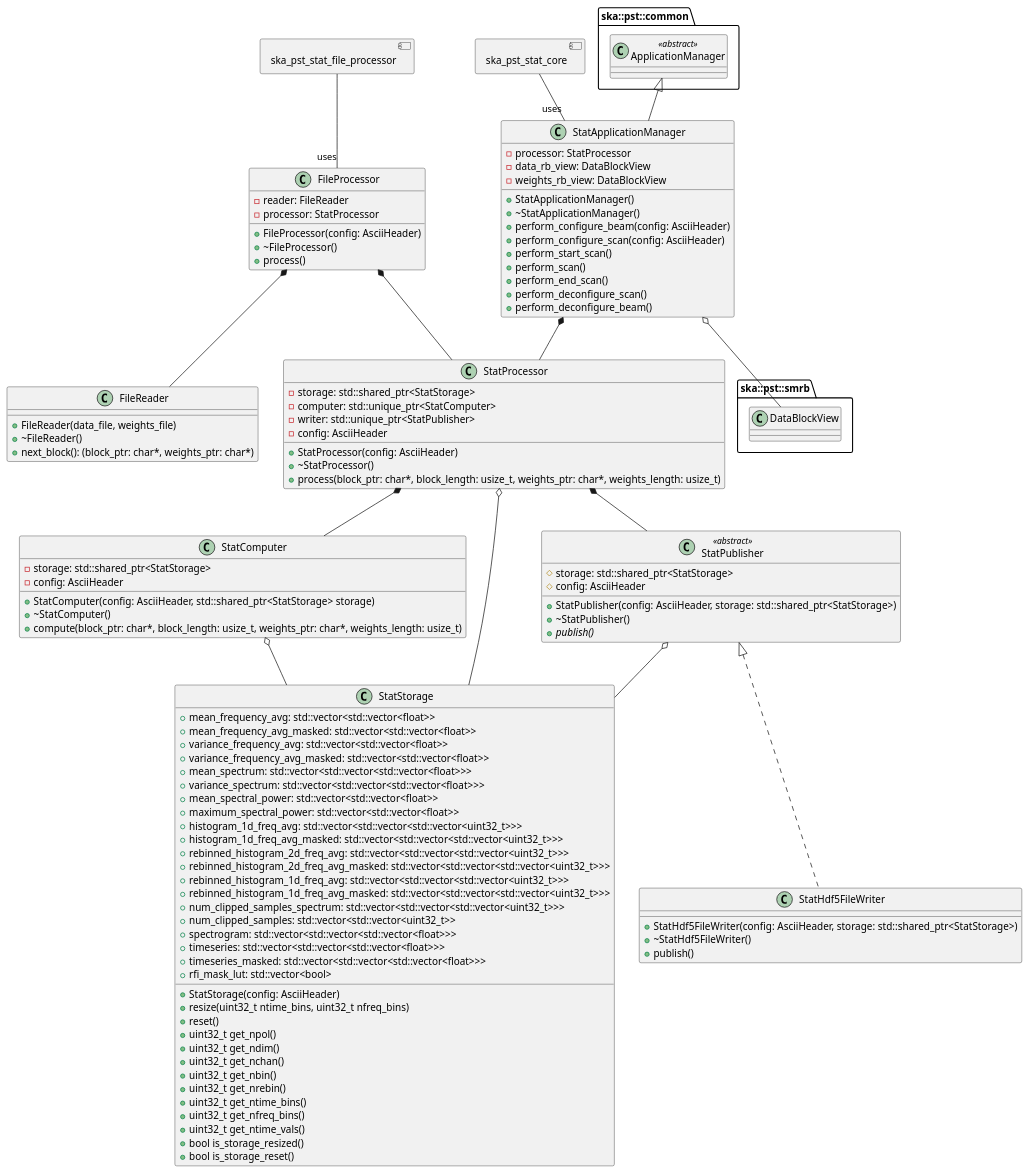
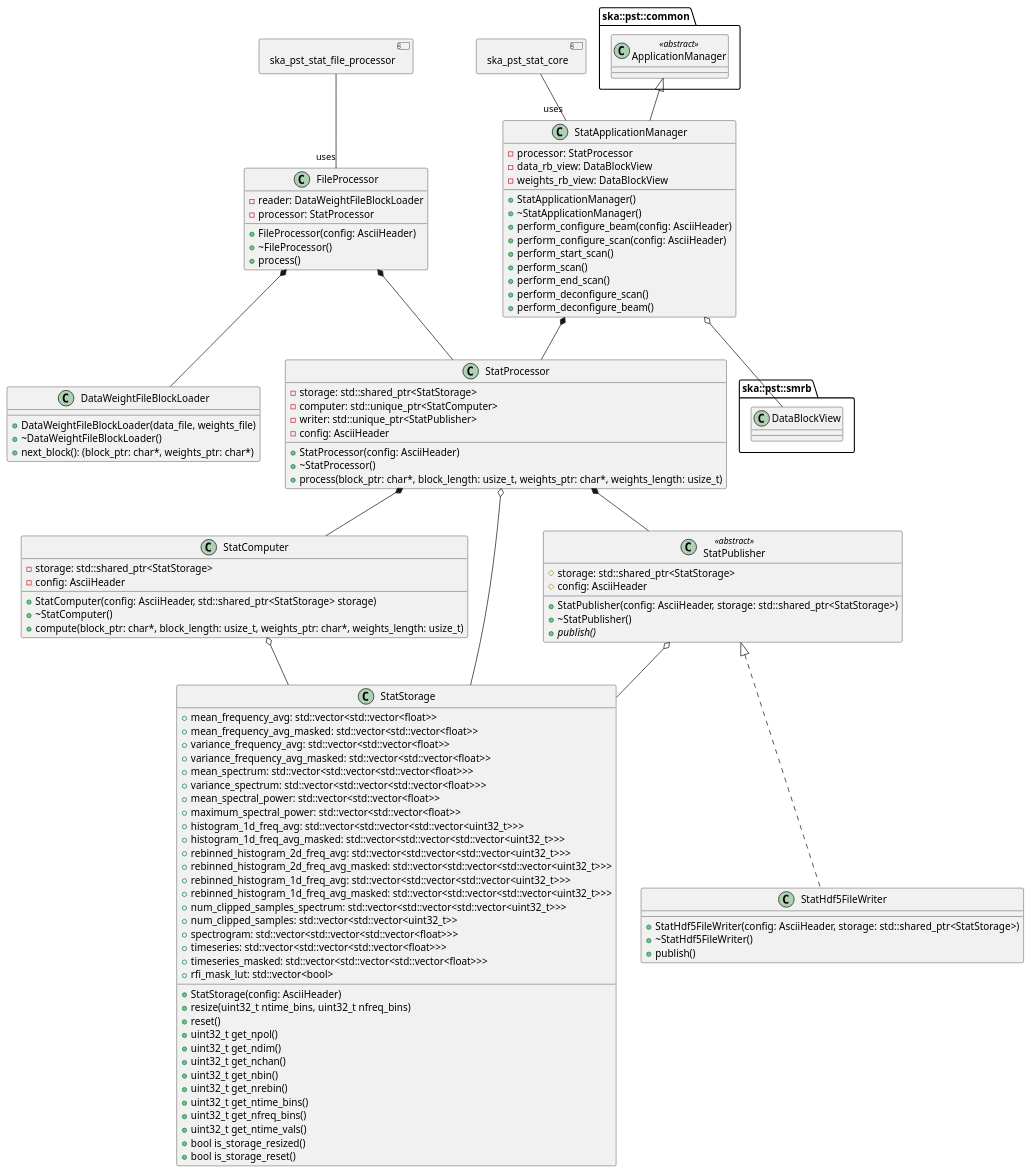
One commit to ska-telescope/ska-pst-stat changed the diagram in docs/src/architecture/class_diagram.puml. Above: the diagram before and after it, drawn with PlantUML. The commit also changed 8 other files, not shown here.

Commit message:
AT3-521 FileReader -> DataWeightsFileBlockLoader; FileProcessor implemented

```diff
--- a/docs/src/architecture/class_diagram.puml
+++ b/docs/src/architecture/class_diagram.puml
@@ -1,127 +1,127 @@
 @startuml PST Stat Class Diagram
 allow_mixing
 
 package ska::pst::common {
   class ApplicationManager <<abstract>>
 
 }
 package ska::pst::smrb {
   class DataBlockView
 }
 
 class StatApplicationManager {
   + StatApplicationManager()
   + ~StatApplicationManager()
   + perform_configure_beam(config: AsciiHeader)
   + perform_configure_scan(config: AsciiHeader)
   + perform_start_scan()
   + perform_scan()
   + perform_end_scan()
   + perform_deconfigure_scan()
   + perform_deconfigure_beam()
   - processor: StatProcessor
   - data_rb_view: DataBlockView
   - weights_rb_view: DataBlockView
 }
 
 class FileProcessor {
   + FileProcessor(config: AsciiHeader)
   + ~FileProcessor()
   + process()
-  - reader: FileReader
+  - reader: DataWeightFileBlockLoader
   - processor: StatProcessor
 }
 
-class FileReader {
-  + FileReader(data_file, weights_file)
-  + ~FileReader()
+class DataWeightFileBlockLoader {
+  + DataWeightFileBlockLoader(data_file, weights_file)
+  + ~DataWeightFileBlockLoader()
   + next_block(): (block_ptr: char*, weights_ptr: char*)
 }
 
 class StatProcessor {
   + StatProcessor(config: AsciiHeader)
   + ~StatProcessor()
   + process(block_ptr: char*, block_length: usize_t, weights_ptr: char*, weights_length: usize_t)
   - storage: std::shared_ptr<StatStorage>
   - computer: std::unique_ptr<StatComputer>
   - writer: std::unique_ptr<StatPublisher>
   - config: AsciiHeader
 }
 
 class StatComputer {
   + StatComputer(config: AsciiHeader, std::shared_ptr<StatStorage> storage)
   + ~StatComputer()
   + compute(block_ptr: char*, block_length: usize_t, weights_ptr: char*, weights_length: usize_t)
   - storage: std::shared_ptr<StatStorage>
   - config: AsciiHeader
 }
 
 class StatStorage {
   + StatStorage(config: AsciiHeader)
   + resize(uint32_t ntime_bins, uint32_t nfreq_bins)
   + reset()
   + uint32_t get_npol()
   + uint32_t get_ndim()
   + uint32_t get_nchan()
   + uint32_t get_nbin()
   + uint32_t get_nrebin()
   + uint32_t get_ntime_bins()
   + uint32_t get_nfreq_bins()
   + uint32_t get_ntime_vals()
   + bool is_storage_resized()
   + bool is_storage_reset()
   + mean_frequency_avg: std::vector<std::vector<float>>
   + mean_frequency_avg_masked: std::vector<std::vector<float>>
   + variance_frequency_avg: std::vector<std::vector<float>>
   + variance_frequency_avg_masked: std::vector<std::vector<float>>
   + mean_spectrum: std::vector<std::vector<std::vector<float>>>
   + variance_spectrum: std::vector<std::vector<std::vector<float>>>
   + mean_spectral_power: std::vector<std::vector<float>>
   + maximum_spectral_power: std::vector<std::vector<float>>
   + histogram_1d_freq_avg: std::vector<std::vector<std::vector<uint32_t>>>
   + histogram_1d_freq_avg_masked: std::vector<std::vector<std::vector<uint32_t>>>
   + rebinned_histogram_2d_freq_avg: std::vector<std::vector<std::vector<uint32_t>>>
   + rebinned_histogram_2d_freq_avg_masked: std::vector<std::vector<std::vector<uint32_t>>>
   + rebinned_histogram_1d_freq_avg: std::vector<std::vector<std::vector<uint32_t>>>
   + rebinned_histogram_1d_freq_avg_masked: std::vector<std::vector<std::vector<uint32_t>>>
   + num_clipped_samples_spectrum: std::vector<std::vector<std::vector<uint32_t>>>
   + num_clipped_samples: std::vector<std::vector<uint32_t>>
   + spectrogram: std::vector<std::vector<std::vector<float>>>
   + timeseries: std::vector<std::vector<std::vector<float>>>
   + timeseries_masked: std::vector<std::vector<std::vector<float>>>
   + rfi_mask_lut: std::vector<bool>
 }
 
 class StatPublisher <<abstract>> {
   # storage: std::shared_ptr<StatStorage>
   # config: AsciiHeader
   + StatPublisher(config: AsciiHeader, storage: std::shared_ptr<StatStorage>)
   + ~StatPublisher()
   {abstract} + publish()
 }
 
 class StatHdf5FileWriter implements StatPublisher {
   + StatHdf5FileWriter(config: AsciiHeader, storage: std::shared_ptr<StatStorage>)
   + ~StatHdf5FileWriter()
   + publish()
 }
 
 StatProcessor *-- StatComputer
 StatProcessor *-- StatPublisher
 StatProcessor o-- StatStorage
 StatComputer o-- StatStorage
 StatPublisher o-- StatStorage
 
 ApplicationManager <|-- StatApplicationManager
 StatApplicationManager o-- DataBlockView
 StatApplicationManager *-- StatProcessor
 
-FileProcessor *-- FileReader
+FileProcessor *-- DataWeightFileBlockLoader
 FileProcessor *-- StatProcessor
 
 component ska_pst_stat_core
 ska_pst_stat_core -- "uses" StatApplicationManager
 component ska_pst_stat_file_processor
 ska_pst_stat_file_processor -- "uses" FileProcessor
 
 @enduml
```
